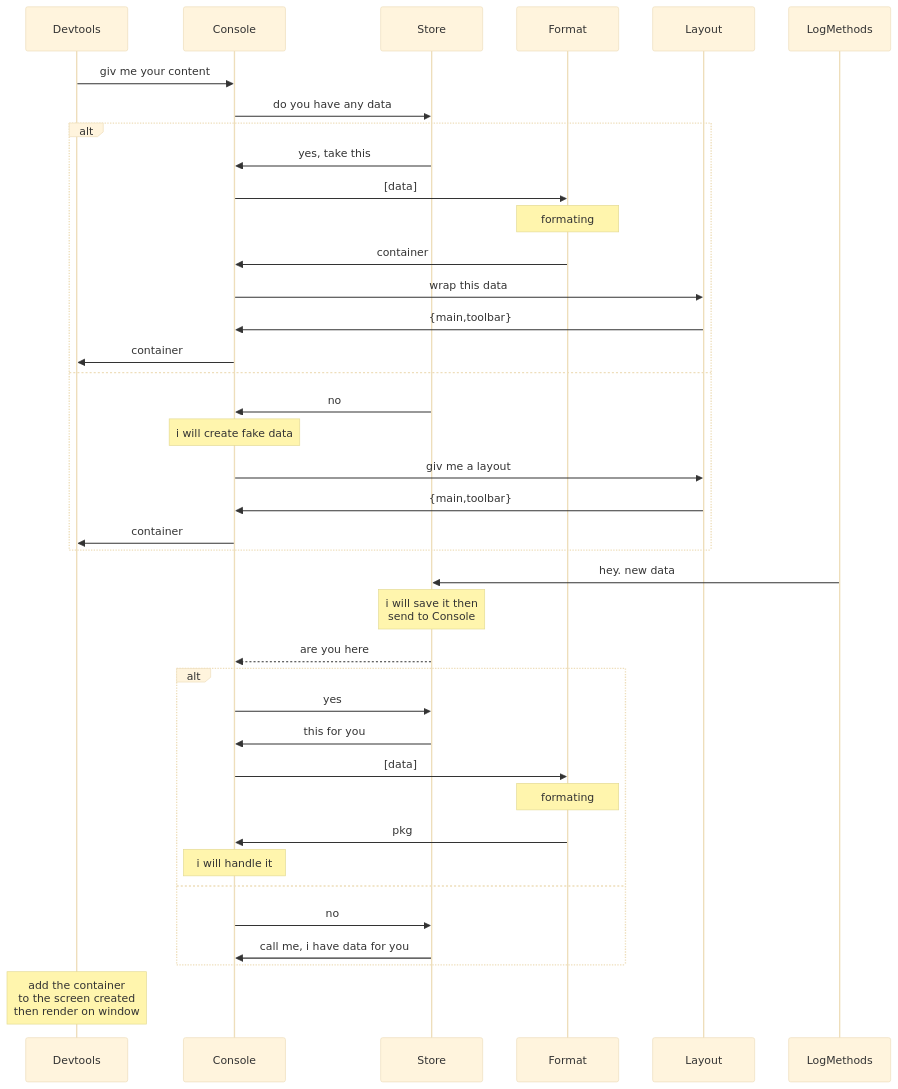
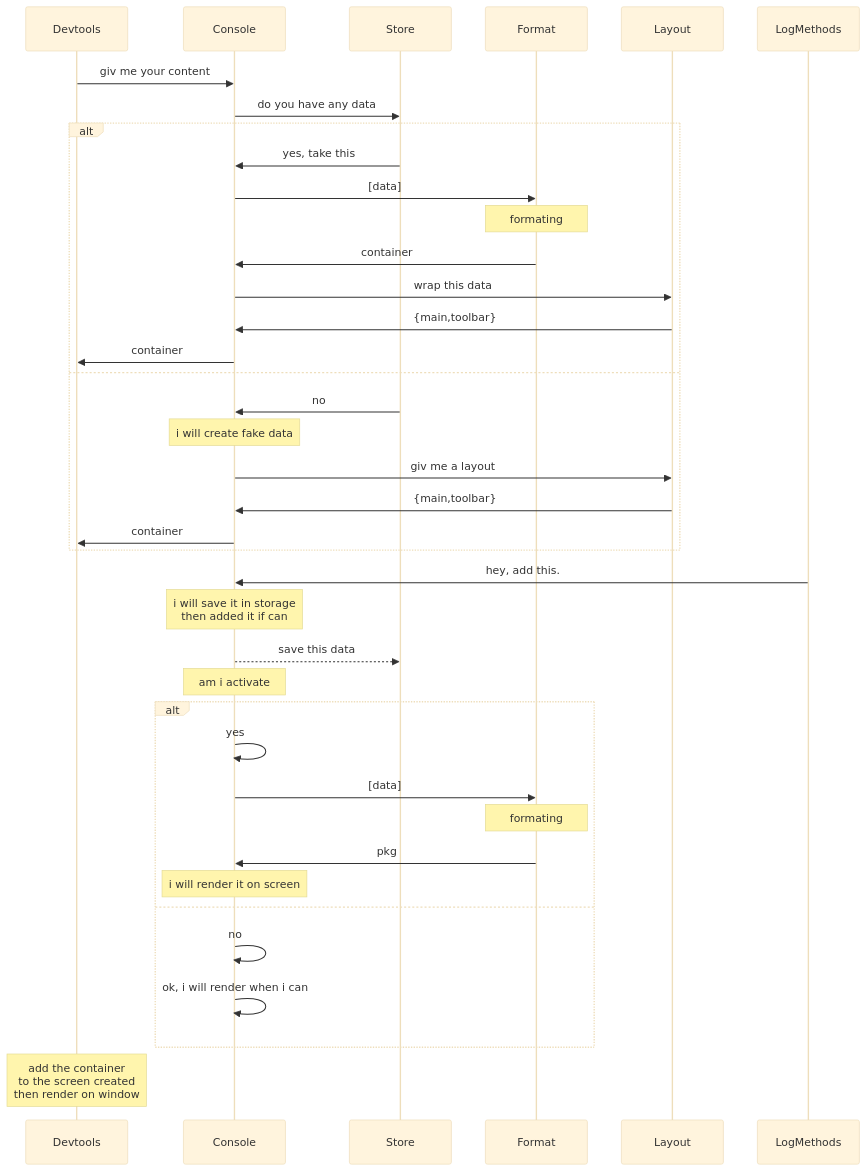
Before and after one commit to moo-m/MDev: the second of 2 diagrams in README.md, drawn with Mermaid (base theme).

````diff
--- a/README.md
+++ b/README.md
@@ -134,54 +134,53 @@
 ```mermaid
 sequenceDiagram
 participant Devtools
 participant Console
 participant Store
 participant Format
 participant Layout
 participant LogMethods
 
 Devtools->>Console:giv me your content
 Console ->> Store:do you have any data
 
 alt
 Store->>Console:yes, take this
 Console ->> Format:[data]
 Note over Format:formating
 Format ->> Console: container
 Console->>Layout:wrap this data
 Layout ->> Console:{main,toolbar}
 Console ->>Devtools:container
 
 else
 
 Store->>Console:no
 Note over Console:i will create fake data
 Console->>Layout:giv me a layout
 Layout ->> Console:{main,toolbar}
 Console ->>Devtools:container
 
 end
 
-LogMethods->>Store:hey. new data
-Note over Store:i will save it then<br/>send to Console
-Store -->> Console: are you here 
-
+LogMethods->>Console:hey, add this.
+Note over Console:i will save it in storage<br/>then added it if can
+Console -->> Store: save this data
+note over Console: am i activate
 alt
 
-Console->>Store:yes
-Store ->>Console:this for you
+Console->>Console:yes
 Console ->> Format:[data]
 Note over Format:formating
 Format ->> Console:pkg
-Note over Console:i will handle it
+Note over Console:i will render it on screen
 
 else
 
-Console->>Store:no
-Store ->>Console:call me, i have data for you
+Console->>Console:no
+Console ->>Console:ok, i will render when i can
 
 end
 
 Note over Devtools:add the container <br/>to the screen created <br/>then render on window
 
 ```
````
